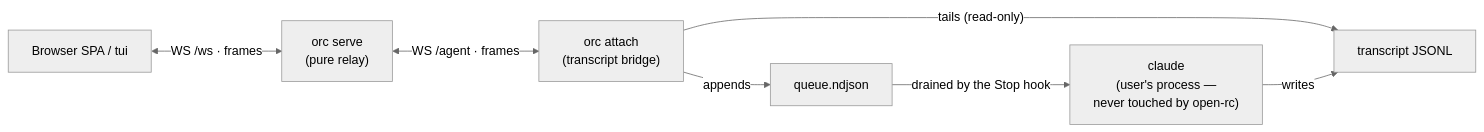
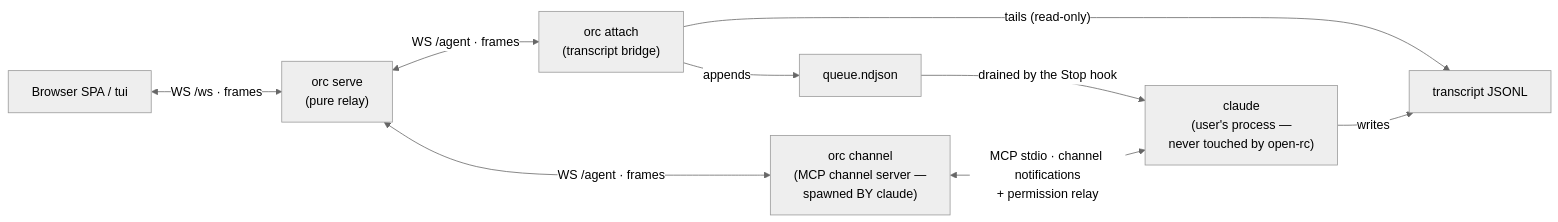
The diagram in CLAUDE.md (Cohey0727/OpenRemoteControl), drawn with Mermaid (neutral theme) before and after one commit. The commit also changed other lines of this file and 6 other files, not shown here.

Commit message:
docs: orc channel(Channelsベース共有)をREADME/architecture/roadmap/CLAUDE/SECURITY/tech-stackに追従 @main

````diff
--- a/CLAUDE.md
+++ b/CLAUDE.md
@@ -39,9 +51,11 @@
 ```mermaid
 flowchart LR
     viewers["Browser SPA / tui"] <-- "WS /ws · frames" --> serve["orc serve<br/>(pure relay)"]
     serve <-- "WS /agent · frames" --> bridge["orc attach<br/>(transcript bridge)"]
+    serve <-- "WS /agent · frames" --> ch["orc channel<br/>(MCP channel server —<br/>spawned BY claude)"]
     bridge -- "tails (read-only)" --> jsonl["transcript JSONL"]
     bridge -- appends --> queue["queue.ndjson"]
     queue -- "drained by the Stop hook" --> claude["claude<br/>(user's process —<br/>never touched by open-rc)"]
+    ch <-- "MCP stdio · channel notifications<br/>+ permission relay" --> claude
     claude -- writes --> jsonl
 ```
````
